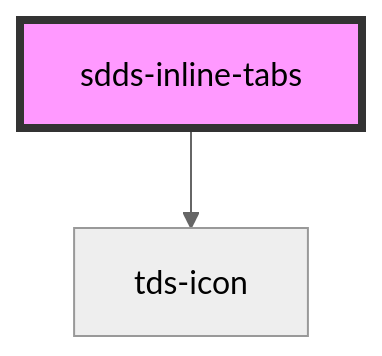
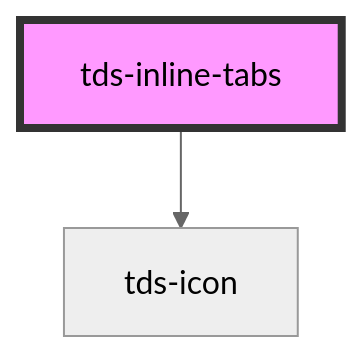
Before and after one commit to scania-digital-design-system/tegel: the diagram in core/src/components/tabs/inline-tabs/readme.md, drawn with Mermaid (neutral theme). The commit also changed other lines of this file and 8 other files, not shown here.

First line of the commit message:
feat(inline tabs): prefix change

````diff
--- a/core/src/components/tabs/inline-tabs/readme.md
+++ b/core/src/components/tabs/inline-tabs/readme.md
@@ -44,5 +44,5 @@
 ```mermaid
 graph TD;
-  sdds-inline-tabs --> tds-icon
-  style sdds-inline-tabs fill:#f9f,stroke:#333,stroke-width:4px
+  tds-inline-tabs --> tds-icon
+  style tds-inline-tabs fill:#f9f,stroke:#333,stroke-width:4px
 ```
````
